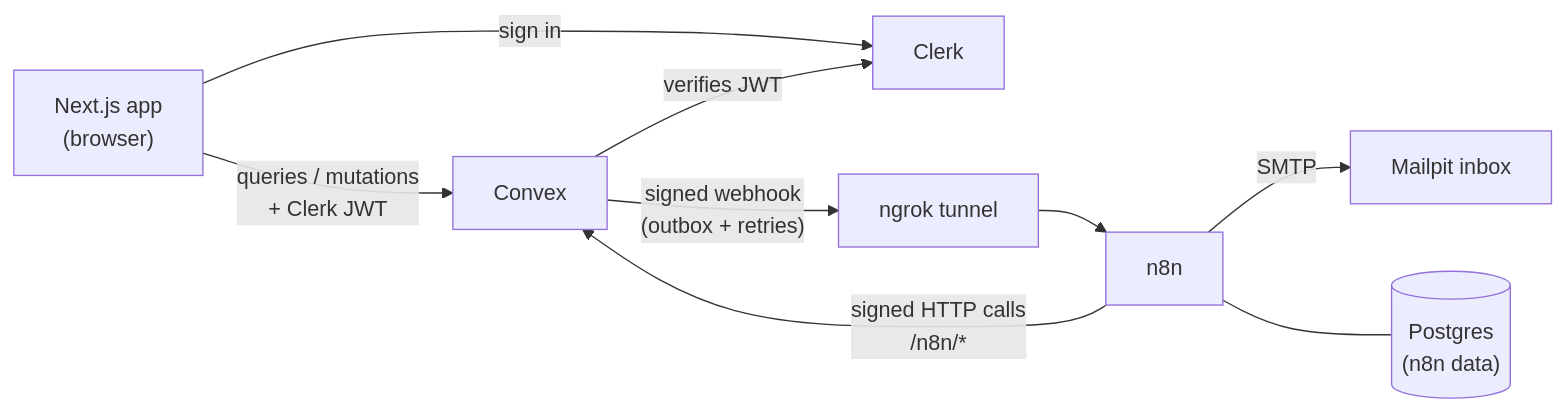
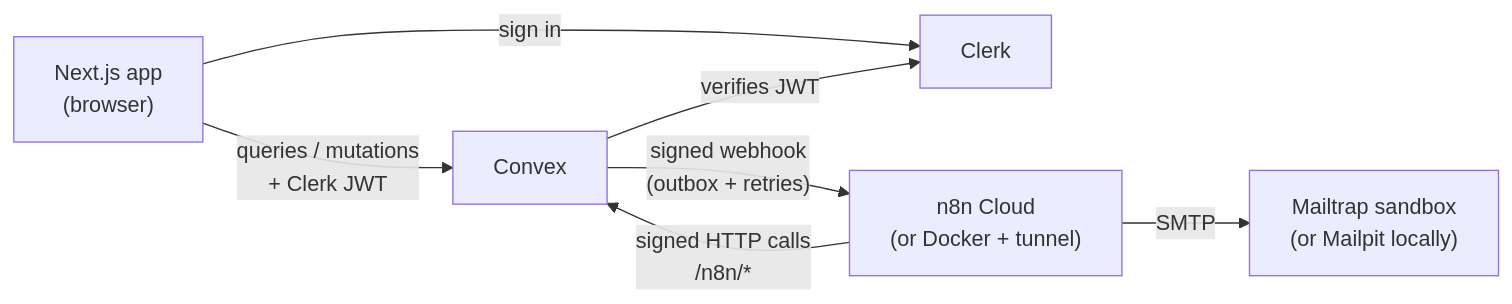
Before and after one commit to ajaypatidar7722/lendloop-assessment: the diagram in README.md, drawn with Mermaid. The commit also changed other lines of this file and 5 other files, not shown here.

````diff
--- a/README.md
+++ b/README.md
@@ -36,10 +145,9 @@
 ```mermaid
 flowchart LR
   Browser["Next.js app<br/>(browser)"] -- "sign in" --> Clerk
   Browser -- "queries / mutations<br/>+ Clerk JWT" --> Convex
   Convex -- "verifies JWT" --> Clerk
-  Convex -- "signed webhook<br/>(outbox + retries)" --> Tunnel["ngrok tunnel"] --> n8n
+  Convex -- "signed webhook<br/>(outbox + retries)" --> n8n["n8n Cloud<br/>(or Docker + tunnel)"]
   n8n -- "signed HTTP calls<br/>/n8n/*" --> Convex
-  n8n -- "SMTP" --> Mailpit["Mailpit inbox"]
-  n8n --- Postgres[("Postgres<br/>(n8n data)")]
+  n8n -- "SMTP" --> Inbox["Mailtrap sandbox<br/>(or Mailpit locally)"]
 ```
````
